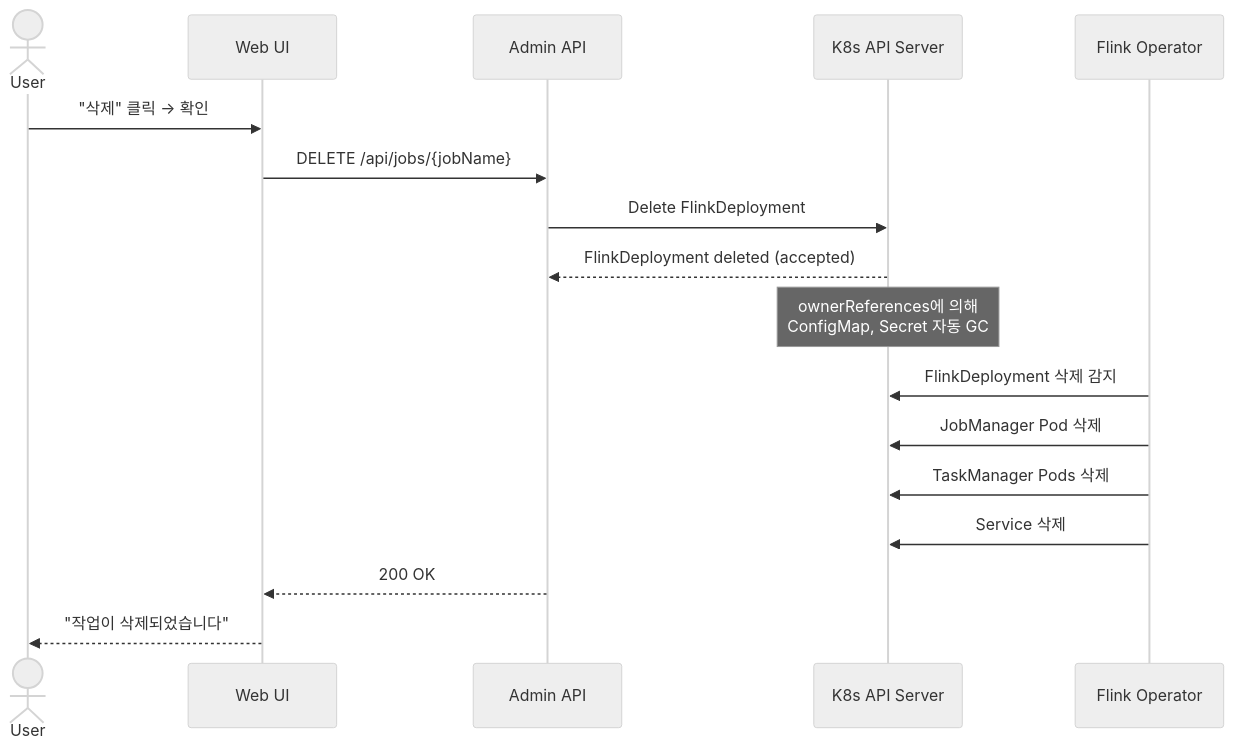
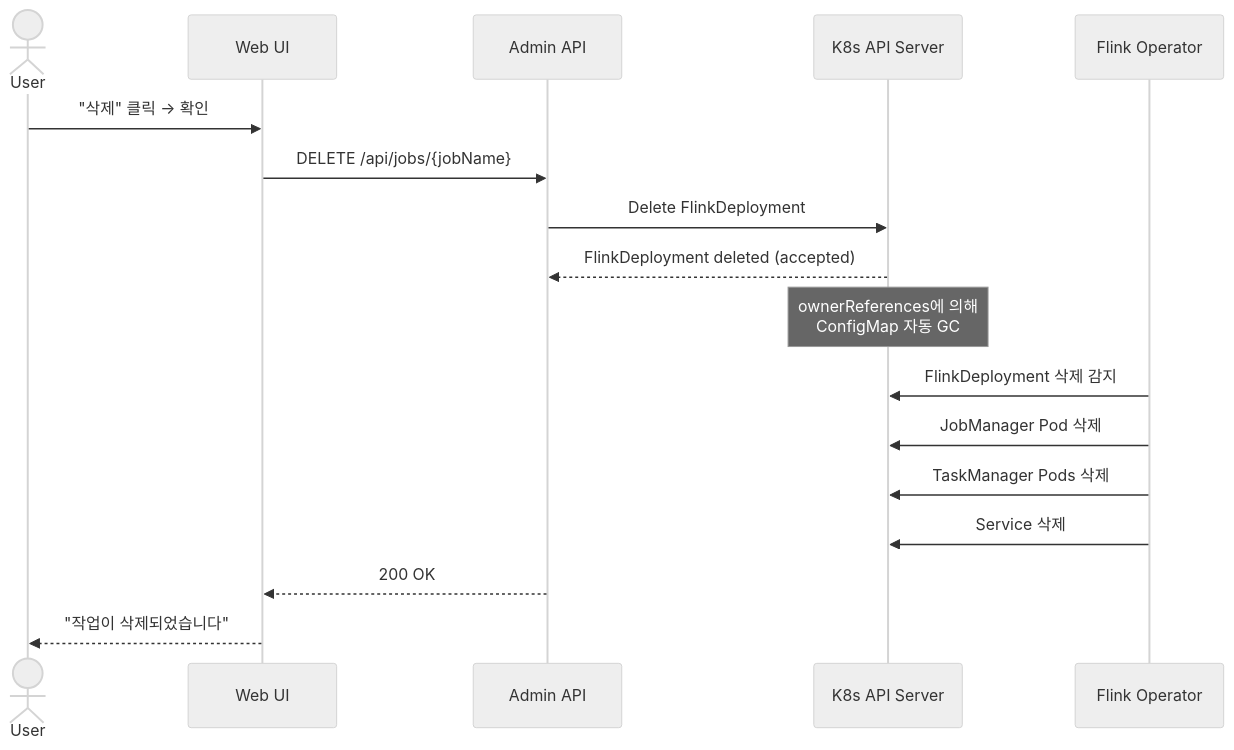
Before and after one commit to robinjoon/Flink-Manager: the third of 4 diagrams in ARCHITECTURE.md, drawn with Mermaid (neutral theme). The commit also changed other lines of this file and 1 other file, not shown here.

````diff
--- a/ARCHITECTURE.md
+++ b/ARCHITECTURE.md
@@ -156,24 +161,24 @@
 ```mermaid
 sequenceDiagram
     actor User
     participant UI as Web UI
     participant API as Admin API
     participant K8S as K8s API Server
     participant OP as Flink Operator
 
     User->>UI: "삭제" 클릭 → 확인
     UI->>API: DELETE /api/jobs/{jobName}
 
     API->>K8S: Delete FlinkDeployment
     K8S-->>API: FlinkDeployment deleted (accepted)
 
-    Note over K8S: ownerReferences에 의해<br/>ConfigMap, Secret 자동 GC
+    Note over K8S: ownerReferences에 의해<br/>ConfigMap 자동 GC
 
     OP->>K8S: FlinkDeployment 삭제 감지
     OP->>K8S: JobManager Pod 삭제
     OP->>K8S: TaskManager Pods 삭제
     OP->>K8S: Service 삭제
 
     API-->>UI: 200 OK
     UI-->>User: "작업이 삭제되었습니다"
 ```
````
